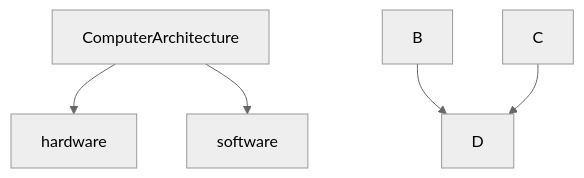
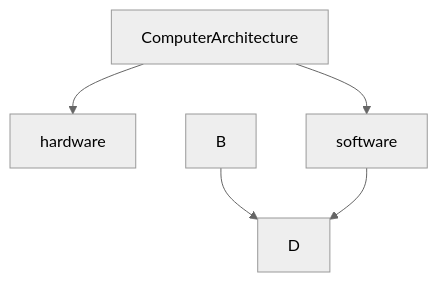
Before and after one commit to qmarsun/computer: the diagram in computer1.md, drawn with Mermaid (neutral theme).

````diff
--- a/computer1.md
+++ b/computer1.md
@@ -1,7 +1,7 @@
 ```mermaid
 graph TD;
     ComputerArchitecture-->hardware;
     ComputerArchitecture-->software;
     B-->D;
-    C-->D;
+    software-->D;
 ```
````
